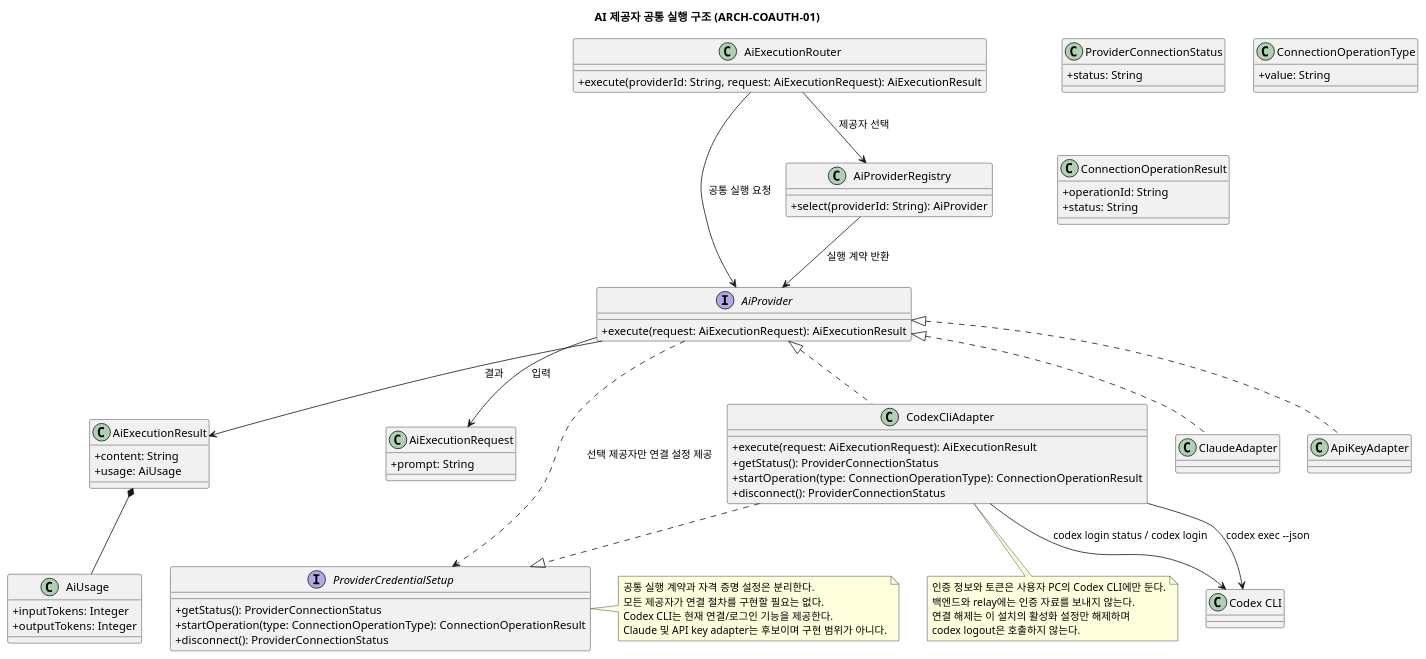
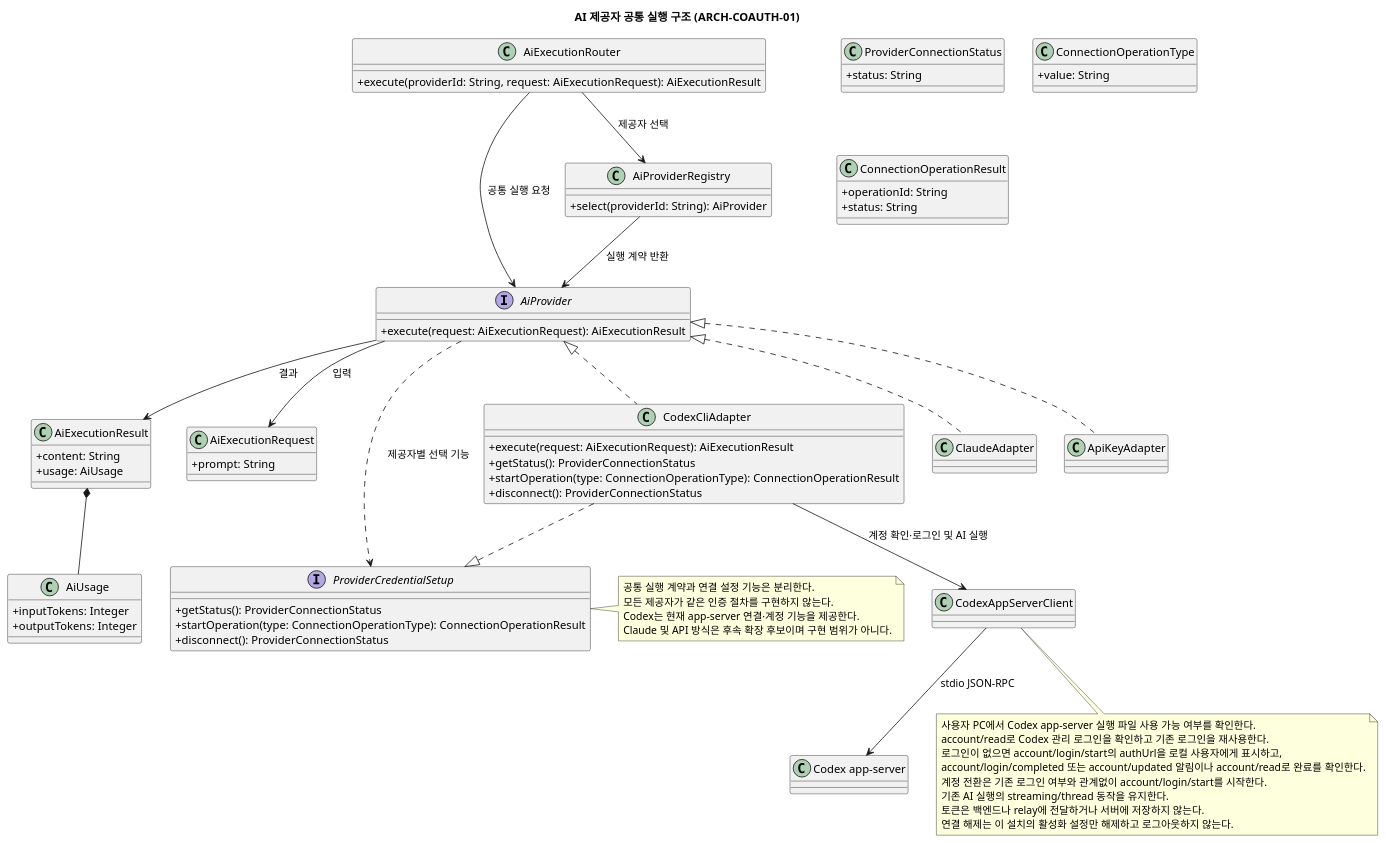
The diagram in docs/specs/codex-cli-oauth/diagrams/architecture/ai-provider.class.puml (omegafrog/dnd-master), drawn with PlantUML before and after one commit. The commit also changed 5 other files, not shown here.

Commit message:
docs: align Codex OAuth plan with app-server

```diff
--- a/docs/specs/codex-cli-oauth/diagrams/architecture/ai-provider.class.puml
+++ b/docs/specs/codex-cli-oauth/diagrams/architecture/ai-provider.class.puml
@@ -1,88 +1,93 @@
 @startuml
 title AI 제공자 공통 실행 구조 (ARCH-COAUTH-01)
 skinparam classAttributeIconSize 0
 
 interface AiProvider {
   +execute(request: AiExecutionRequest): AiExecutionResult
 }
 
 class AiExecutionRequest {
   +prompt: String
 }
 
 class AiExecutionResult {
   +content: String
   +usage: AiUsage
 }
 
 class AiUsage {
   +inputTokens: Integer
   +outputTokens: Integer
 }
 
 class AiProviderRegistry {
   +select(providerId: String): AiProvider
 }
 
 class AiExecutionRouter {
   +execute(providerId: String, request: AiExecutionRequest): AiExecutionResult
 }
 
 interface ProviderCredentialSetup {
   +getStatus(): ProviderConnectionStatus
   +startOperation(type: ConnectionOperationType): ConnectionOperationResult
   +disconnect(): ProviderConnectionStatus
 }
 
 class ProviderConnectionStatus {
   +status: String
 }
 
 class ConnectionOperationType {
   +value: String
 }
 
 class ConnectionOperationResult {
   +operationId: String
   +status: String
 }
 
 class CodexCliAdapter {
   +execute(request: AiExecutionRequest): AiExecutionResult
   +getStatus(): ProviderConnectionStatus
   +startOperation(type: ConnectionOperationType): ConnectionOperationResult
   +disconnect(): ProviderConnectionStatus
 }
 
+class CodexAppServerClient
 class ClaudeAdapter
 class ApiKeyAdapter
 
 AiExecutionRouter --> AiProviderRegistry : 제공자 선택
 AiProviderRegistry --> AiProvider : 실행 계약 반환
 AiProvider <|.. CodexCliAdapter
 AiProvider <|.. ClaudeAdapter
 AiProvider <|.. ApiKeyAdapter
 AiExecutionRouter --> AiProvider : 공통 실행 요청
 CodexCliAdapter ..|> ProviderCredentialSetup
-CodexCliAdapter --> "Codex CLI" : codex exec --json
-CodexCliAdapter --> "Codex CLI" : codex login status / codex login
+CodexCliAdapter --> CodexAppServerClient : 계정 확인·로그인 및 AI 실행
+CodexAppServerClient --> "Codex app-server" : stdio JSON-RPC
 
-AiProvider ..> ProviderCredentialSetup : 선택 제공자만 연결 설정 제공
+AiProvider ..> ProviderCredentialSetup : 제공자별 선택 기능
 AiProvider --> AiExecutionRequest : 입력
 AiProvider --> AiExecutionResult : 결과
 AiExecutionResult *-- AiUsage
 
 note right of ProviderCredentialSetup
-  공통 실행 계약과 자격 증명 설정은 분리한다.
-  모든 제공자가 연결 절차를 구현할 필요는 없다.
-  Codex CLI는 현재 연결/로그인 기능을 제공한다.
-  Claude 및 API key adapter는 후보이며 구현 범위가 아니다.
+  공통 실행 계약과 연결 설정 기능은 분리한다.
+  모든 제공자가 같은 인증 절차를 구현하지 않는다.
+  Codex는 현재 app-server 연결·계정 기능을 제공한다.
+  Claude 및 API 방식은 후속 확장 후보이며 구현 범위가 아니다.
 end note
 
-note bottom of CodexCliAdapter
-  인증 정보와 토큰은 사용자 PC의 Codex CLI에만 둔다.
-  백엔드와 relay에는 인증 자료를 보내지 않는다.
-  연결 해제는 이 설치의 활성화 설정만 해제하며
-  codex logout은 호출하지 않는다.
+note bottom of CodexAppServerClient
+  사용자 PC에서 Codex app-server 실행 파일 사용 가능 여부를 확인한다.
+  account/read로 Codex 관리 로그인을 확인하고 기존 로그인을 재사용한다.
+  로그인이 없으면 account/login/start의 authUrl을 로컬 사용자에게 표시하고,
+  account/login/completed 또는 account/updated 알림이나 account/read로 완료를 확인한다.
+  계정 전환은 기존 로그인 여부와 관계없이 account/login/start를 시작한다.
+  기존 AI 실행의 streaming/thread 동작을 유지한다.
+  토큰은 백엔드나 relay에 전달하거나 서버에 저장하지 않는다.
+  연결 해제는 이 설치의 활성화 설정만 해제하고 로그아웃하지 않는다.
 end note
 @enduml
```
